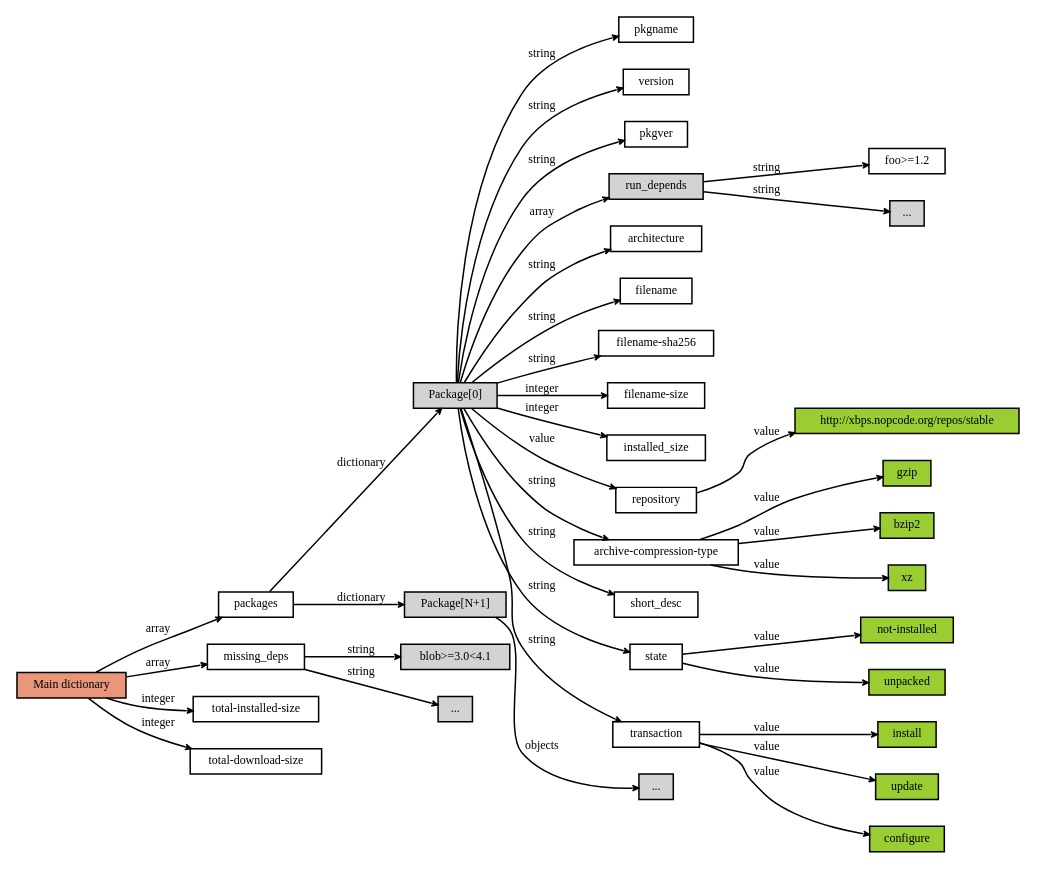
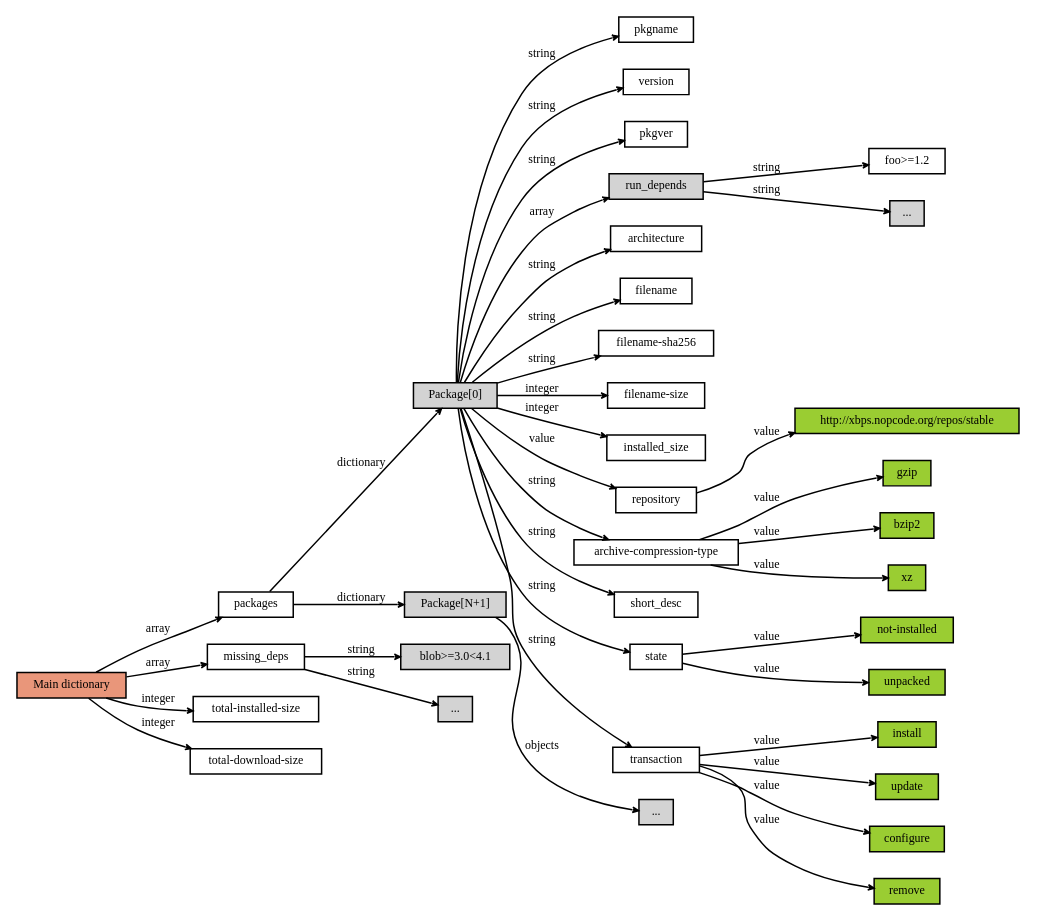
The diagram in doc/xbps_transaction_dictionary.dot (void-linux/xbps), drawn with Graphviz before and after one commit.

Commit message:
Update the graph for the XBPS transaction dictionary.

```diff
--- a/doc/xbps_transaction_dictionary.dot
+++ b/doc/xbps_transaction_dictionary.dot
@@ -1,64 +1,66 @@
 digraph transaction_dictionary {
 	graph [rankdir=LR,ranksep=".1"];
 	edge [arrowhead="vee",arrowsize="0.40",fontname="DejaVuSansCondensed",fontsize="8"];
 	node [shape=box,fontname="DejaVuSansCondensed",fontsize="8",height=".1",width=".1"];
 	main -> packages [label="array"];
 	main -> missing_deps [label="array"];
 	missing_deps -> mdep1 [label="string"];
 	missing_deps -> mdep2 [label="string"];
 	mdep1 [style=filled,label="blob>=3.0<4.1"];
 	mdep2 [style=filled,label="..."];
 	main -> totalsize [label="integer"];
 	main -> totaldlsize [label="integer"];
 	main [style=filled,fillcolor="darksalmon",label="Main dictionary"];
 	totalsize [label="total-installed-size"];
 	totaldlsize [label="total-download-size"];
 	packages -> dictionary [label="dictionary"];
 	packages -> dictionary2 [label="dictionary"];
 	dictionary [style=filled,label="Package[0]"];
 	dictionary2 [style=filled,label="Package[N+1]"];
 	dictionary2 -> dict2_objs [label="objects"];
 	dict2_objs [style=filled,label="..."];
 	dictionary -> pkgname [label="string"];
 	dictionary -> version [label="string"];
 	dictionary -> pkgver [label="string"];
 	dictionary -> run_depends [label="array"];
 	run_depends [style=filled];
 	run_depends -> rundep1_string [label="string"];
 	run_depends -> rundep2_string [label="string"];
 	rundep1_string [label="foo>=1.2"];
 	rundep2_string [style=filled,label="..."];
 	dictionary -> architecture [label="string"];
 	dictionary -> filename [label="string"];
 	dictionary -> fnamesha256 [label="string"];
 	fnamesha256 [label="filename-sha256"];
 	dictionary -> fnamesize [label="integer"];
 	fnamesize [label="filename-size"];
 	dictionary -> instsize [label="integer"];
 	instsize [label="installed_size"];
 	dictionary -> repository [label="value"];
 	repository -> repoval [label="value"];
 	repoval [style=filled,fillcolor="yellowgreen",label="http://xbps.nopcode.org/repos/stable"];
 	dictionary -> archive_comptype [label="string"];
 	archive_comptype [label="archive-compression-type"];
 	archive_comptype -> comptype_gz [label="value"];
 	archive_comptype -> comptype_bz [label="value"];
 	archive_comptype -> comptype_xz [label="value"];
 	comptype_gz [style=filled,fillcolor="yellowgreen",label="gzip"];
 	comptype_bz [style=filled,fillcolor="yellowgreen",label="bzip2"];
 	comptype_xz [style=filled,fillcolor="yellowgreen",label="xz"];
 	dictionary -> short_desc [label="string"];
 	dictionary -> state [label="string"];
 	state -> state_notinst [label="value"];
 	state -> state_unpacked [label="value"];
 	state_notinst [style=filled,fillcolor="yellowgreen",label="not-installed"];
 	state_unpacked [style=filled,fillcolor="yellowgreen",label="unpacked"];
-	dictionary -> trans_action [label="string"];
-	trans_action [label="transaction"];
-	trans_action -> tract_inst [label="value"];
-	trans_action -> tract_up [label="value"];
-	trans_action -> tract_cf [label="value"];
+	dictionary -> transaction [label="string"];
+	transaction [label="transaction"];
+	transaction -> tract_inst [label="value"];
+	transaction -> tract_up [label="value"];
+	transaction -> tract_cf [label="value"];
+	transaction -> tract_rm [label="value"];
 	tract_inst [style=filled,fillcolor="yellowgreen",label="install"];
 	tract_up [style=filled,fillcolor="yellowgreen",label="update"];
 	tract_cf [style=filled,fillcolor="yellowgreen",label="configure"];
+	tract_rm [style=filled,fillcolor="yellowgreen",label="remove"];
 }
```
